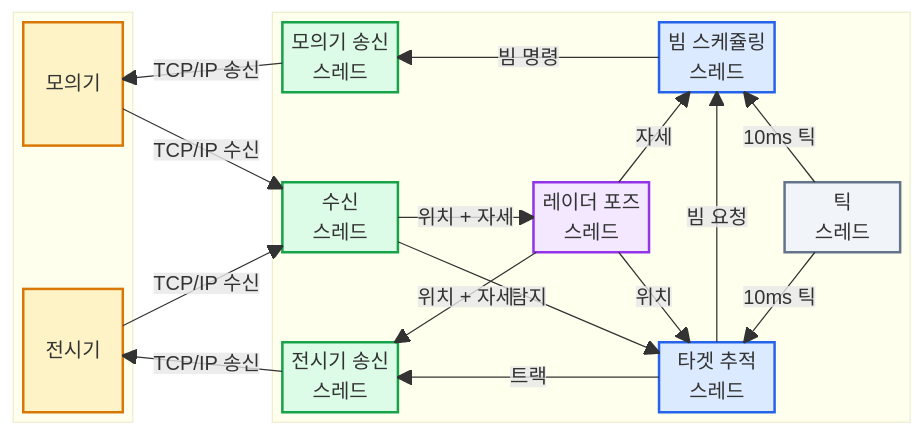
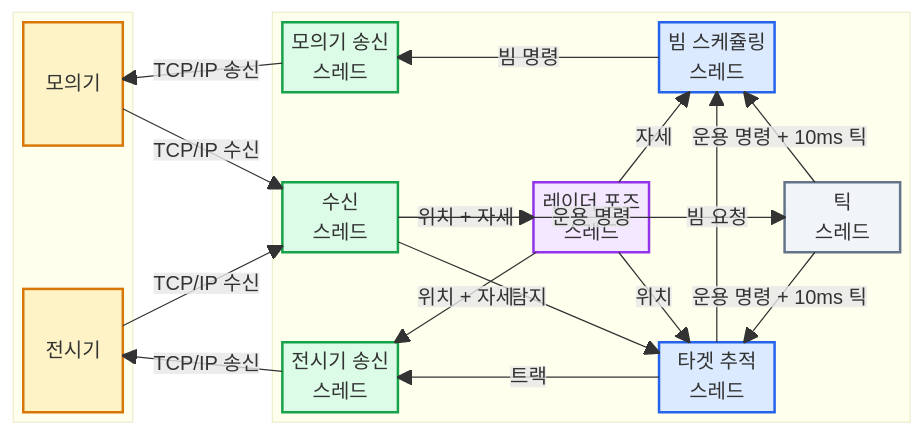
The third of 3 diagrams in README.md (AESAlien/aesa-processor), drawn with Mermaid before and after one commit. The commit also changed 15 other files, not shown here.

````diff
--- a/README.md
+++ b/README.md
@@ -70,48 +70,49 @@
 ```mermaid
 block-beta
     columns 7
 
     block:External:1
         columns 1
         Simulator["모의기"]
         space
         Console["전시기"]
     end
     space
     block:Processor:5
         columns 5
         SimulatorSendWorker["모의기 송신<br/>스레드"] space:2 BeamWorker["빔 스케쥴링<br/>스레드"] space:1
         space:5
         CommReceiveWorker["수신<br/>스레드"] space PoseWorker["레이더 포즈<br/>스레드"] space:1 TickWorker["틱<br/>스레드"]
         space:5
         ConsoleSendWorker["전시기 송신<br/>스레드"] space:2 TargetWorker["타겟 추적<br/>스레드"] space
     end
 
     Simulator -- "TCP/IP 수신" --> CommReceiveWorker
     Console -- "TCP/IP 수신" --> CommReceiveWorker
     SimulatorSendWorker -- "TCP/IP 송신" --> Simulator
     ConsoleSendWorker -- "TCP/IP 송신" --> Console
 
     CommReceiveWorker -- "위치 + 자세" --> PoseWorker
     CommReceiveWorker -- "탐지" --> TargetWorker
+    CommReceiveWorker -- "운용 명령" --> TickWorker
     PoseWorker -- "위치 + 자세" --> ConsoleSendWorker
     PoseWorker -- "자세" --> BeamWorker
     PoseWorker -- "위치" --> TargetWorker
     TargetWorker -- "트랙" --> ConsoleSendWorker
     TargetWorker -- "빔 요청" --> BeamWorker
     BeamWorker -- "빔 명령" --> SimulatorSendWorker
-    TickWorker -- "10ms 틱" --> BeamWorker
-    TickWorker -- "10ms 틱" --> TargetWorker
+    TickWorker -- "운용 명령 + 10ms 틱" --> BeamWorker
+    TickWorker -- "운용 명령 + 10ms 틱" --> TargetWorker
 
     classDef external fill:#FEF3C7,stroke:#D97706,color:#92400E,stroke-width:2px
     classDef communication fill:#DCFCE7,stroke:#16A34A,color:#166534,stroke-width:2px
     classDef processing fill:#DBEAFE,stroke:#2563EB,color:#1E40AF,stroke-width:2px
     classDef utility fill:#F3E8FF,stroke:#9333EA,color:#6B21A8,stroke-width:2px
     classDef control fill:#F1F5F9,stroke:#64748B,color:#334155,stroke-width:2px
 
     class Simulator,Console external
     class SimulatorSendWorker,CommReceiveWorker,ConsoleSendWorker communication
     class BeamWorker,TargetWorker processing
     class PoseWorker utility
     class TickWorker control
 ```
````
